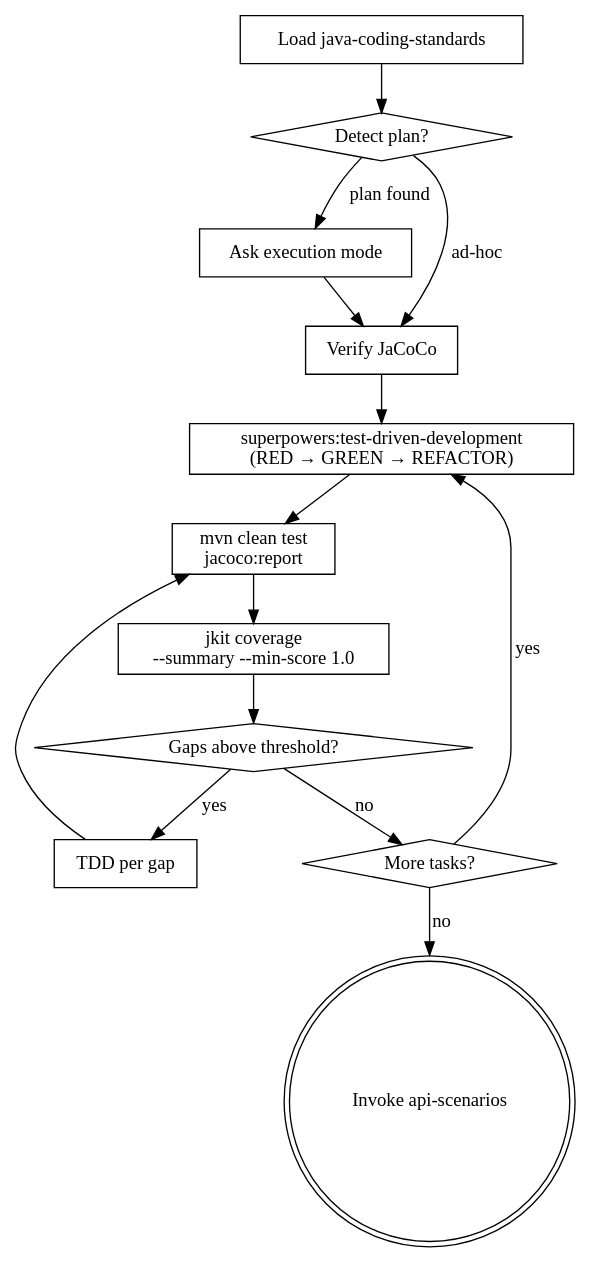
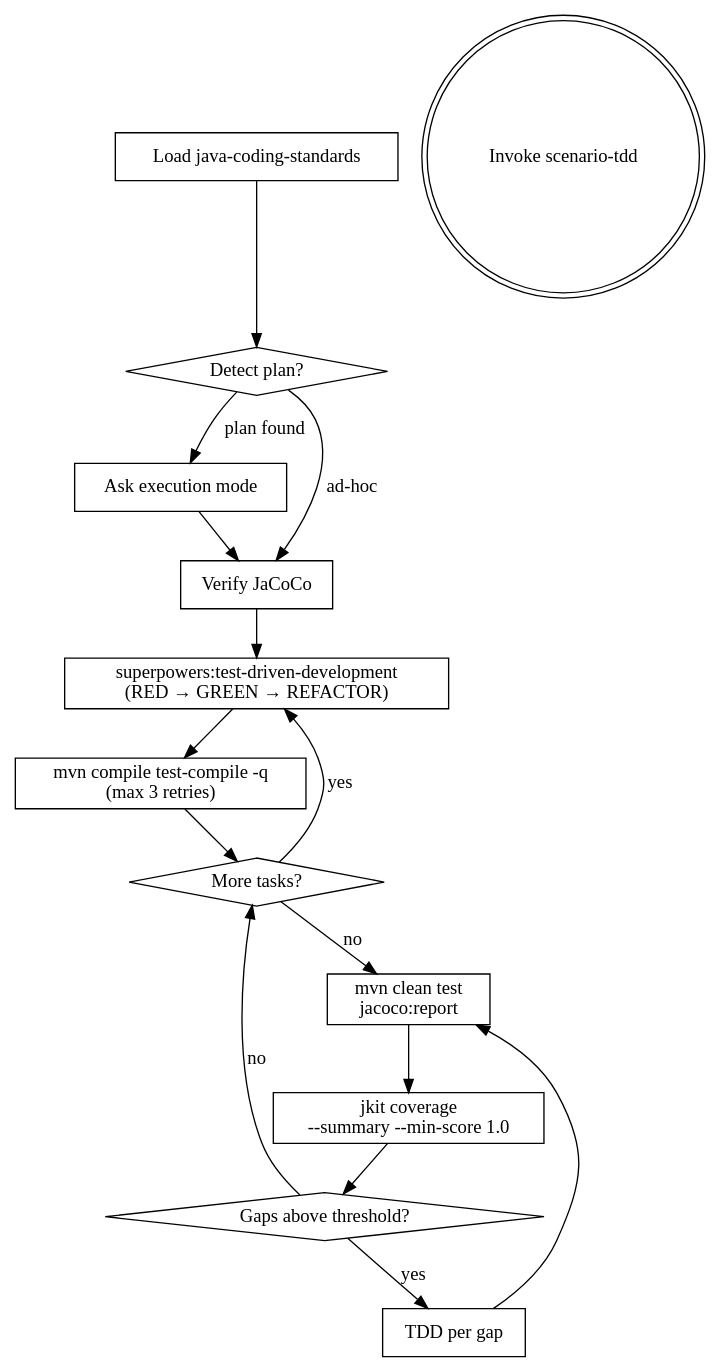
The third of 3 diagrams in docs/superpowers/specs/2026-04-21-jkit-iter2-core-loop.md (honghaowuu/jkit), drawn with Graphviz before and after one commit. The commit also changed other lines of this file and 3 other files, not shown here.

First line of the commit message:
fix(design): relocate jkit artifacts to .jkit/, introduce scenario-gap + scenario-tdd

````diff
--- a/docs/superpowers/specs/2026-04-21-jkit-iter2-core-loop.md
+++ b/docs/superpowers/specs/2026-04-21-jkit-iter2-core-loop.md
@@ -462,29 +484,31 @@
 ```dot
 digraph java_tdd {
     "Load java-coding-standards" [shape=box];
     "Detect plan?" [shape=diamond];
     "Ask execution mode" [shape=box];
     "Verify JaCoCo" [shape=box];
     "superpowers:test-driven-development\n(RED → GREEN → REFACTOR)" [shape=box];
+    "mvn compile test-compile -q\n(max 3 retries)" [shape=box];
     "mvn clean test\njacoco:report" [shape=box];
     "jkit coverage\n--summary --min-score 1.0" [shape=box];
     "Gaps above threshold?" [shape=diamond];
     "TDD per gap" [shape=box];
     "More tasks?" [shape=diamond];
-    "Invoke api-scenarios" [shape=doublecircle];
+    "Invoke scenario-tdd" [shape=doublecircle];
 
     "Load java-coding-standards" -> "Detect plan?";
     "Detect plan?" -> "Ask execution mode" [label="plan found"];
     "Detect plan?" -> "Verify JaCoCo" [label="ad-hoc"];
     "Ask execution mode" -> "Verify JaCoCo";
     "Verify JaCoCo" -> "superpowers:test-driven-development\n(RED → GREEN → REFACTOR)";
-    "superpowers:test-driven-development\n(RED → GREEN → REFACTOR)" -> "mvn clean test\njacoco:report";
+    "superpowers:test-driven-development\n(RED → GREEN → REFACTOR)" -> "mvn compile test-compile -q\n(max 3 retries)";
+    "mvn compile test-compile -q\n(max 3 retries)" -> "More tasks?";
     "mvn clean test\njacoco:report" -> "jkit coverage\n--summary --min-score 1.0";
     "jkit coverage\n--summary --min-score 1.0" -> "Gaps above threshold?";
     "Gaps above threshold?" -> "TDD per gap" [label="yes"];
     "TDD per gap" -> "mvn clean test\njacoco:report";
     "Gaps above threshold?" -> "More tasks?" [label="no"];
     "More tasks?" -> "superpowers:test-driven-development\n(RED → GREEN → REFACTOR)" [label="yes"];
-    "More tasks?" -> "Invoke api-scenarios" [label="no"];
+    "More tasks?" -> "mvn clean test\njacoco:report" [label="no"];
 }
 ```
````
